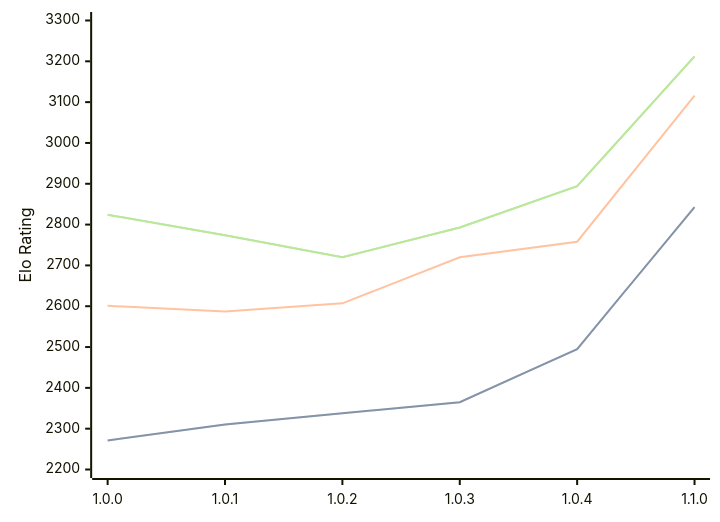
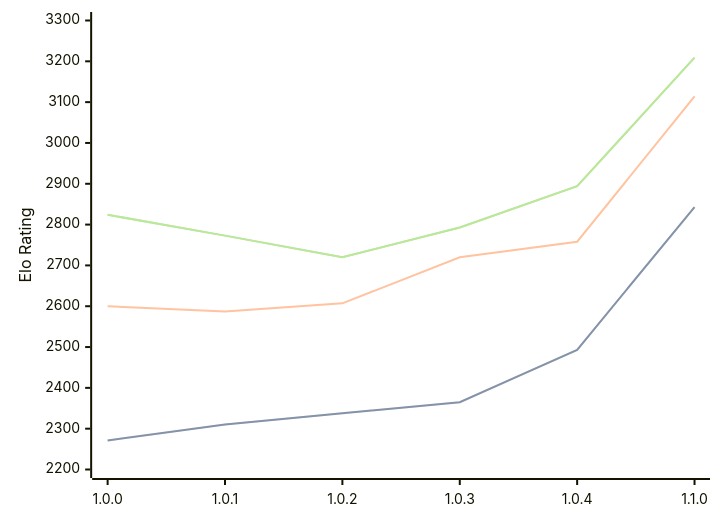
One commit to computer-chess-index/cci changed the diagram in engines/Grail.md. Above: the diagram before and after it, drawn with Mermaid. The commit also changed other lines of this file, not shown here.

Commit message:
Update CCI Ratings (ELO VLTC) - 2026-04-28

````diff
--- a/engines/Grail.md
+++ b/engines/Grail.md
@@ -36,11 +36,11 @@
 ```mermaid
 %%{init: {"theme":"base","themeVariables":{"seriesColors:['#a3a3a3','#222221','#faa371']}}}%%
 xychart-beta
   x-axis ["1.0.0", "1.0.1", "1.0.2", "1.0.3", "1.0.4", "1.1.0"]
   y-axis "Elo Rating" 2200 --> 3300
-  line "STC (8.0+0.08s)" [2271, 2310, 2338, 2365, 2495, 2843]
-  line "STC (8.0+0.08s)" [2271, 2310, 2338, 2365, 2495, 2843]
-  line "LTC (60.0+0.60s)" [2601, 2587, 2607, 2720, 2758, 3116]
-  line "VLTC (2m24s+1.12s)" [2824, 2774, 2720, 2793, 2894, 3212]
-  line "VLTC (2m24s+1.12s)" [2824, 2774, 2720, 2793, 2894, 3212]
+  line "STC (8.0+0.08s)" [2271, 2310, 2338, 2365, 2493, 2843]
+  line "STC (8.0+0.08s)" [2271, 2310, 2338, 2365, 2493, 2843]
+  line "LTC (60.0+0.60s)" [2600, 2587, 2607, 2720, 2758, 3114]
+  line "VLTC (2m24s+1.12s)" [2824, 2773, 2720, 2793, 2894, 3209]
+  line "VLTC (2m24s+1.12s)" [2824, 2773, 2720, 2793, 2894, 3209]
 ```
````
